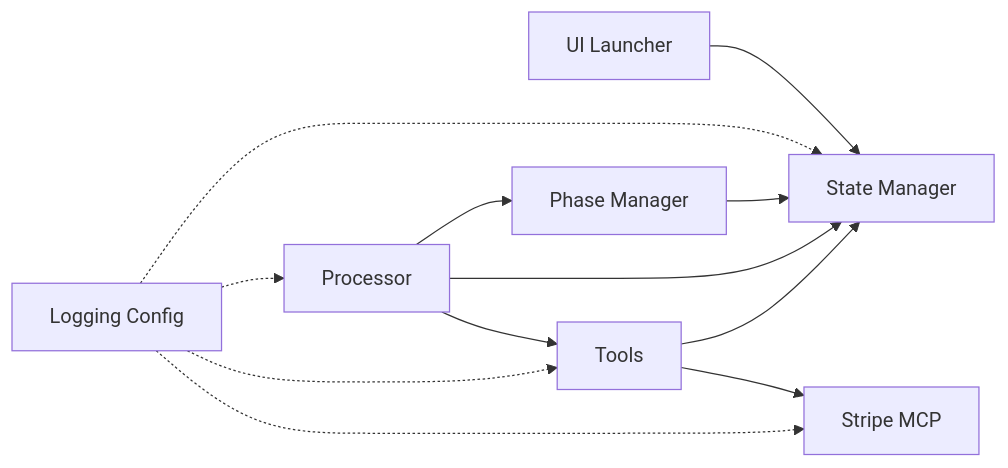
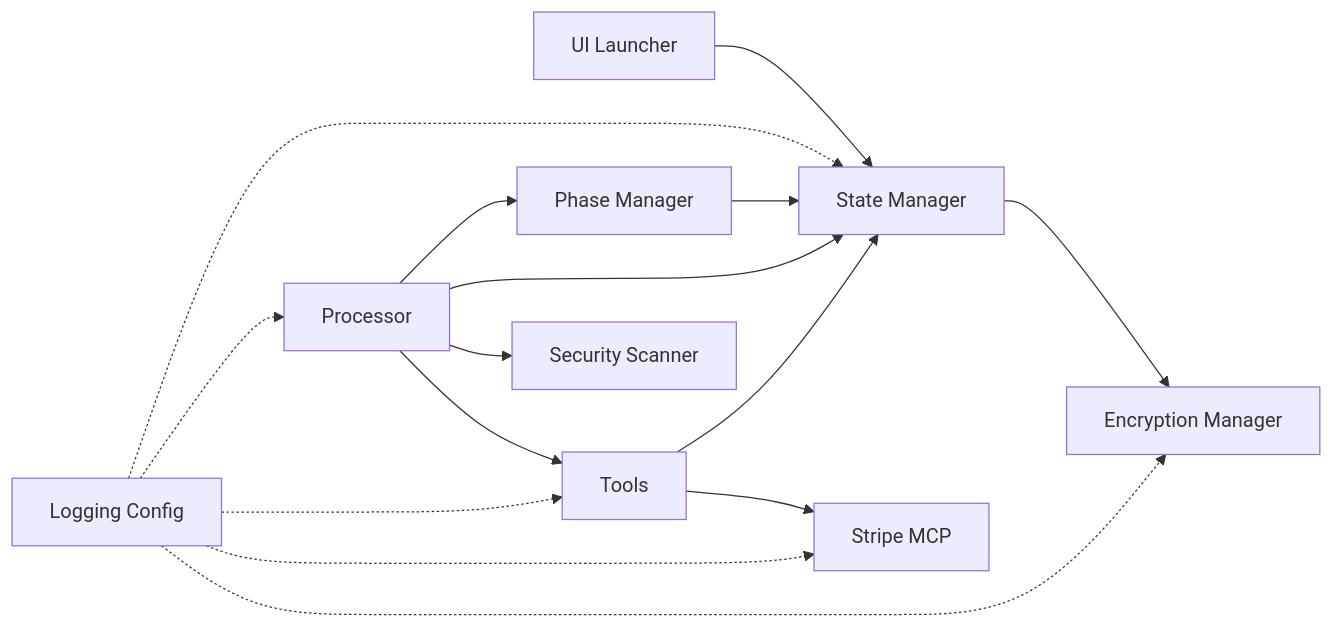
Before and after one commit to MOK-5-ha/MayaMCP: the third of 3 diagrams in .qoder/repowiki/en/content/API Reference/State Management API/State Management API.md, drawn with Mermaid. The commit also changed other lines of this file and 27 other files, not shown here.

````diff
--- a/.qoder/repowiki/en/content/API Reference/State Management API/State Management API.md
+++ b/.qoder/repowiki/en/content/API Reference/State Management API/State Management API.md
@@ -309,14 +405,17 @@
 ```mermaid
 graph LR
 UI["UI Launcher"] --> SM["State Manager"]
 PR["Processor"] --> PM["Phase Manager"]
 PR --> SM
+PR --> SC["Security Scanner"]
 PR --> TL["Tools"]
 TL --> SM
 TL --> ST["Stripe MCP"]
+SM --> EM["Encryption Manager"]
 PM --> SM
 LG["Logging Config"] -.-> SM
 LG -.-> PR
 LG -.-> TL
 LG -.-> ST
+LG -.-> EM
 ```
````
